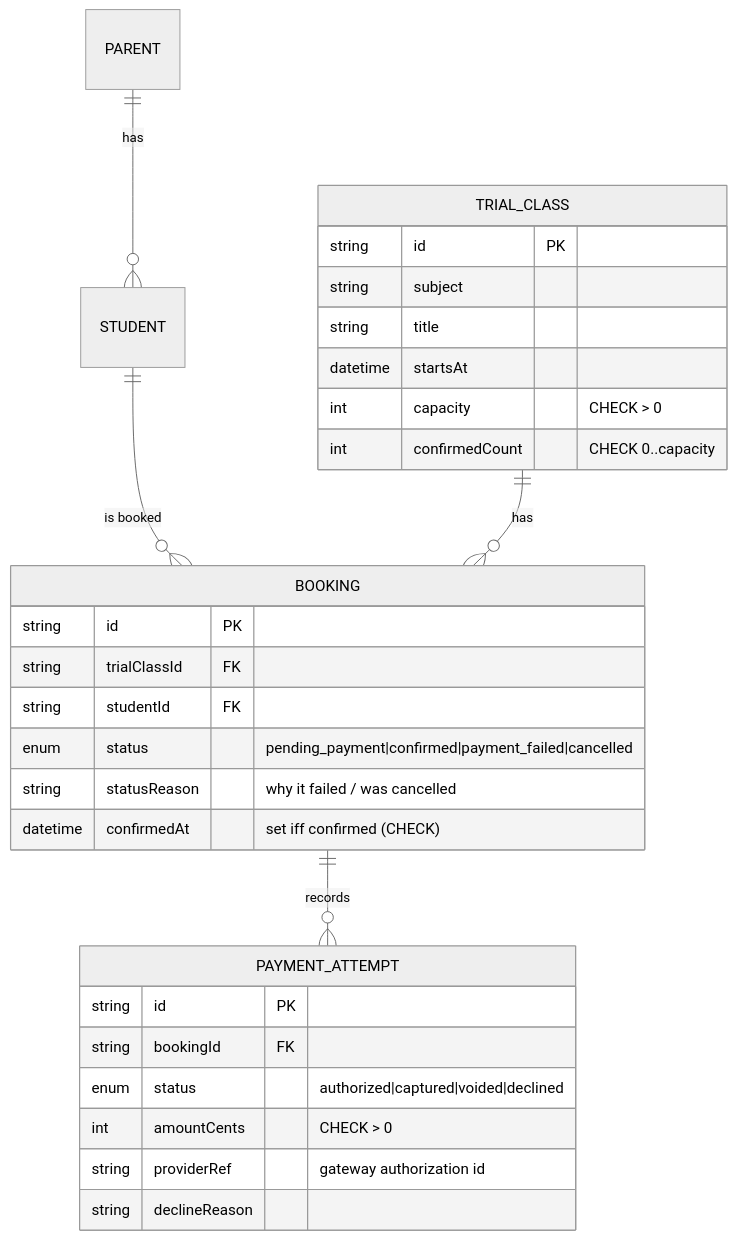
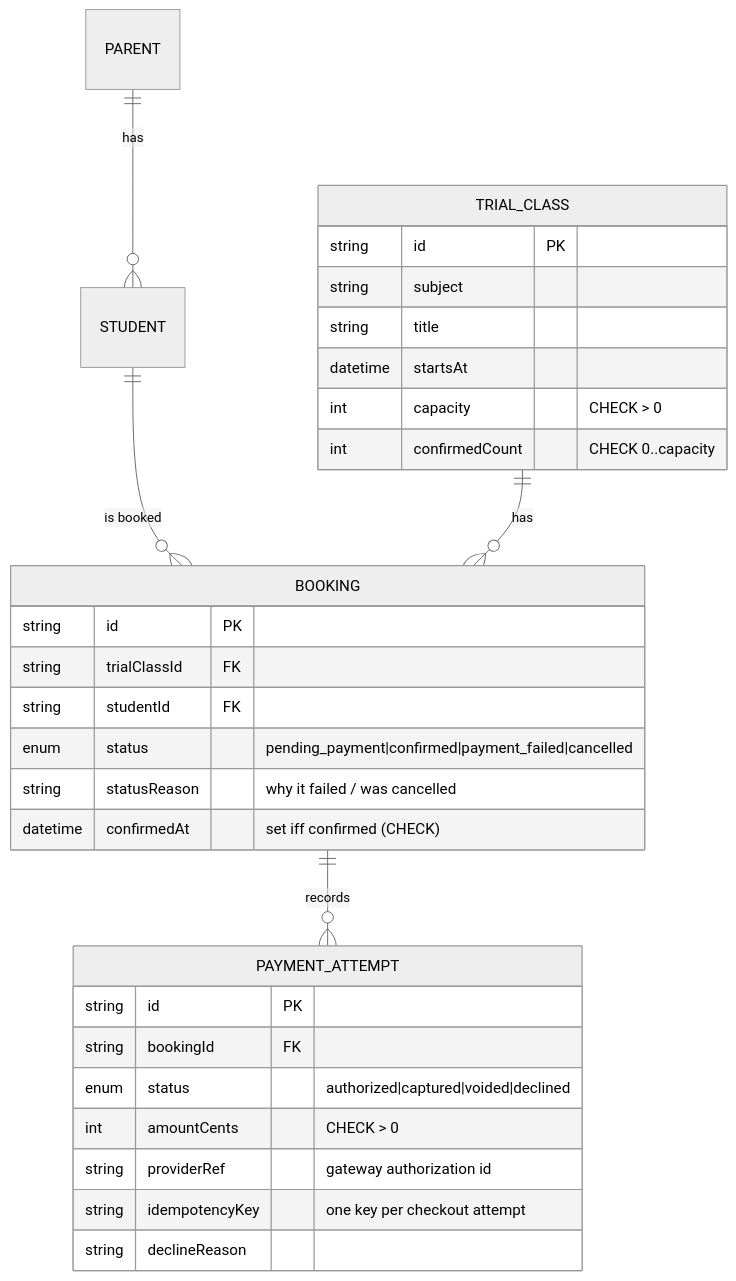
The second of 3 diagrams in docs/ARCHITECTURE.md (ferdianqbl/ottodot-trial-booking), drawn with Mermaid (neutral theme) before and after one commit. The commit also changed 4 other files, not shown here.

````diff
--- a/docs/ARCHITECTURE.md
+++ b/docs/ARCHITECTURE.md
@@ -56,32 +56,33 @@
 ```mermaid
 erDiagram
     PARENT ||--o{ STUDENT : has
     STUDENT ||--o{ BOOKING : "is booked"
     TRIAL_CLASS ||--o{ BOOKING : has
     BOOKING ||--o{ PAYMENT_ATTEMPT : records
 
     TRIAL_CLASS {
         string id PK
         string subject
         string title
         datetime startsAt
         int capacity "CHECK > 0"
         int confirmedCount "CHECK 0..capacity"
     }
     BOOKING {
         string id PK
         string trialClassId FK
         string studentId FK
         enum status "pending_payment|confirmed|payment_failed|cancelled"
         string statusReason "why it failed / was cancelled"
         datetime confirmedAt "set iff confirmed (CHECK)"
     }
     PAYMENT_ATTEMPT {
         string id PK
         string bookingId FK
         enum status "authorized|captured|voided|declined"
         int amountCents "CHECK > 0"
         string providerRef "gateway authorization id"
+        string idempotencyKey "one key per checkout attempt"
         string declineReason
     }
 ```
````
